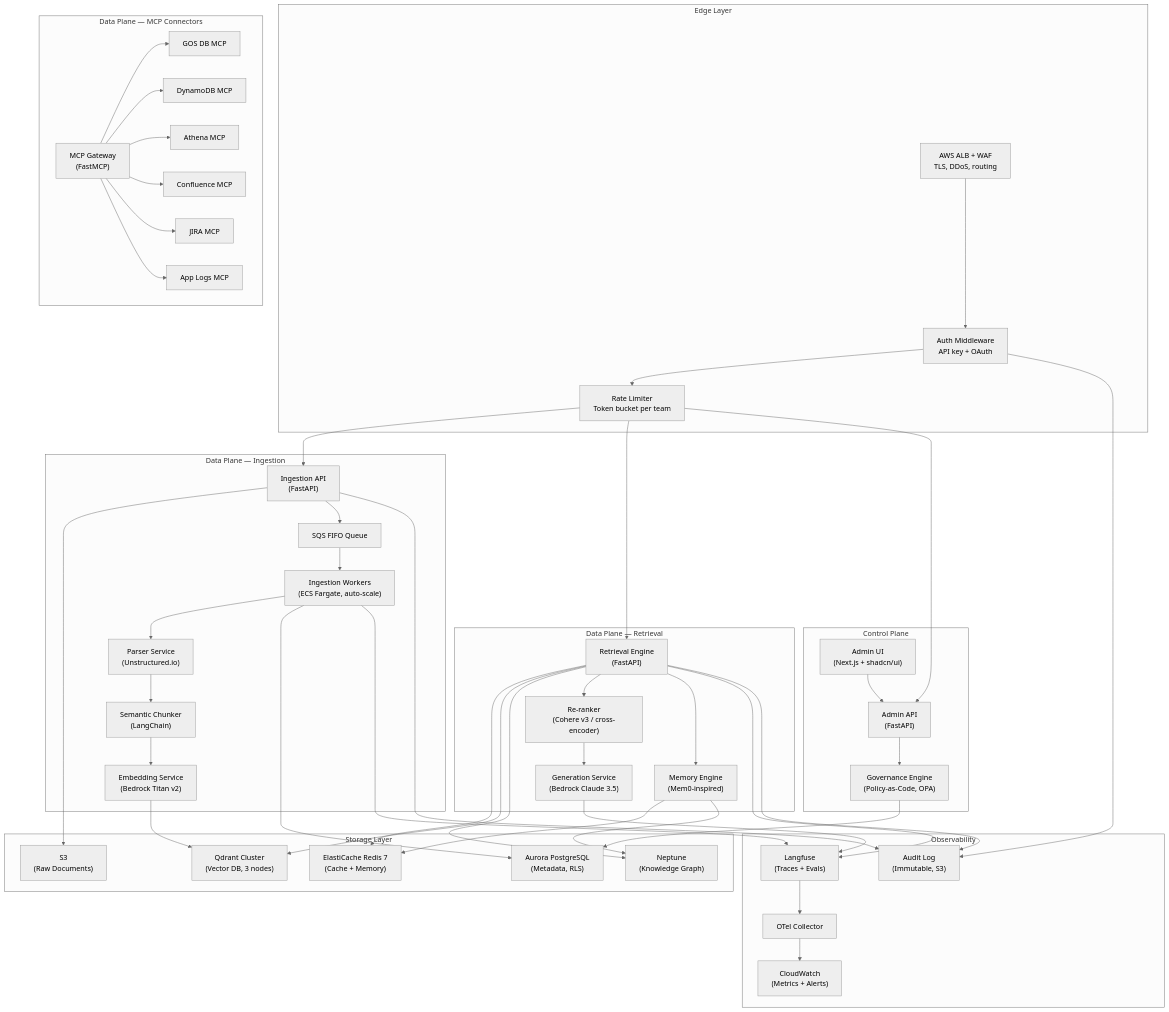
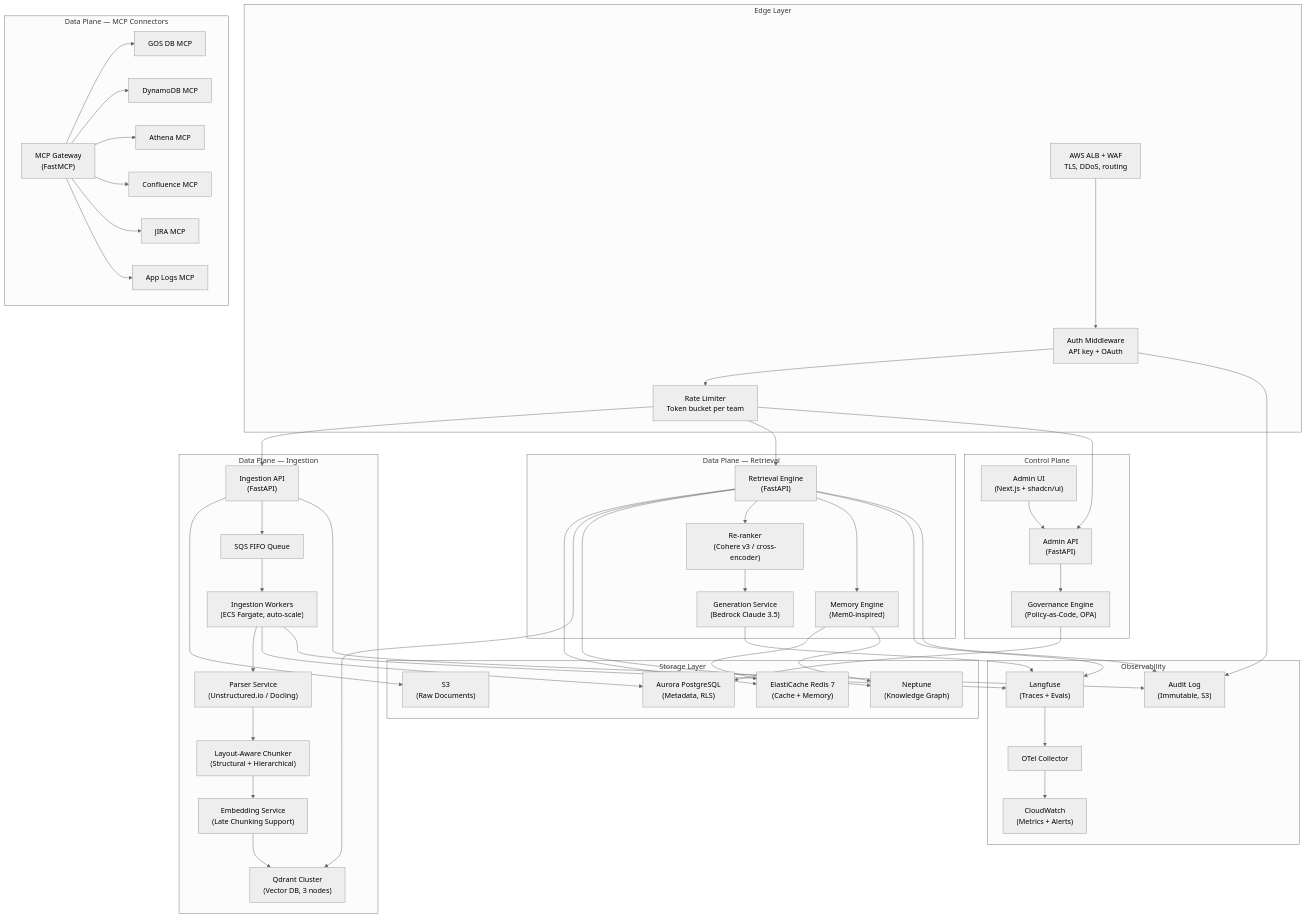
One commit to Harshodai/scratch changed the second of 2 diagrams in docs/ARCHITECTURE_HLD.md. Above: the diagram before and after it, drawn with Mermaid (neutral theme). The commit also changed other lines of this file and 154 other files, not shown here.

````diff
--- a/docs/ARCHITECTURE_HLD.md
+++ b/docs/ARCHITECTURE_HLD.md
@@ -123,75 +124,76 @@
 ```mermaid
 graph TB
     subgraph "Edge Layer"
         ALB["AWS ALB + WAF<br/>TLS, DDoS, routing"]
         AUTH["Auth Middleware<br/>API key + OAuth"]
         RATE["Rate Limiter<br/>Token bucket per team"]
     end
 
     subgraph "Control Plane"
         UI["Admin UI<br/>(Next.js + shadcn/ui)"]
         ADMIN_API["Admin API<br/>(FastAPI)"]
         GOV["Governance Engine<br/>(Policy-as-Code, OPA)"]
     end
 
     subgraph "Data Plane — Ingestion"
         ING_API["Ingestion API<br/>(FastAPI)"]
         SQS["SQS FIFO Queue"]
         WORKER["Ingestion Workers<br/>(ECS Fargate, auto-scale)"]
-        PARSE["Parser Service<br/>(Unstructured.io)"]
-        CHUNK["Semantic Chunker<br/>(LangChain)"]
-        EMBED["Embedding Service<br/>(Bedrock Titan v2)"]
+        PARSE["Parser Service<br/>(Unstructured.io / Docling)"]
+        CHUNK["Layout-Aware Chunker<br/>(Structural + Hierarchical)"]
+        EMBED["Embedding Service<br/>(Late Chunking Support)"]
+        QDRANT["Qdrant Cluster<br/>(Namespace Isolated)"]
     end
 
     subgraph "Data Plane — Retrieval"
         RET["Retrieval Engine<br/>(FastAPI)"]
         RERANK["Re-ranker<br/>(Cohere v3 / cross-encoder)"]
         GEN["Generation Service<br/>(Bedrock Claude 3.5)"]
         MEM["Memory Engine<br/>(Mem0-inspired)"]
     end
 
     subgraph "Data Plane — MCP Connectors"
         MCP_GW["MCP Gateway<br/>(FastMCP)"]
         MCP1["GOS DB MCP"]
         MCP2["DynamoDB MCP"]
         MCP3["Athena MCP"]
         MCP4["Confluence MCP"]
         MCP5["JIRA MCP"]
         MCP6["App Logs MCP"]
     end
 
     subgraph "Storage Layer"
         QDRANT["Qdrant Cluster<br/>(Vector DB, 3 nodes)"]
         PG["Aurora PostgreSQL<br/>(Metadata, RLS)"]
         REDIS["ElastiCache Redis 7<br/>(Cache + Memory)"]
         S3["S3<br/>(Raw Documents)"]
         NEPTUNE["Neptune<br/>(Knowledge Graph)"]
     end
 
     subgraph "Observability"
         LANGFUSE["Langfuse<br/>(Traces + Evals)"]
         OTEL["OTel Collector"]
         CW["CloudWatch<br/>(Metrics + Alerts)"]
         AUDIT["Audit Log<br/>(Immutable, S3)"]
     end
 
     ALB --> AUTH --> RATE
     RATE --> ING_API & RET & ADMIN_API
     UI --> ADMIN_API
     ADMIN_API --> GOV --> PG
 
     ING_API --> S3
     ING_API --> SQS --> WORKER
     WORKER --> PARSE --> CHUNK --> EMBED --> QDRANT
     WORKER --> PG
 
     RET --> REDIS
     RET --> QDRANT & NEPTUNE
     RET --> RERANK --> GEN
     RET --> MEM --> REDIS & NEPTUNE
 
     MCP_GW --> MCP1 & MCP2 & MCP3 & MCP4 & MCP5 & MCP6
 
     RET & WORKER & GEN --> LANGFUSE --> OTEL --> CW
     AUTH & RET & ING_API --> AUDIT
 ```
````
